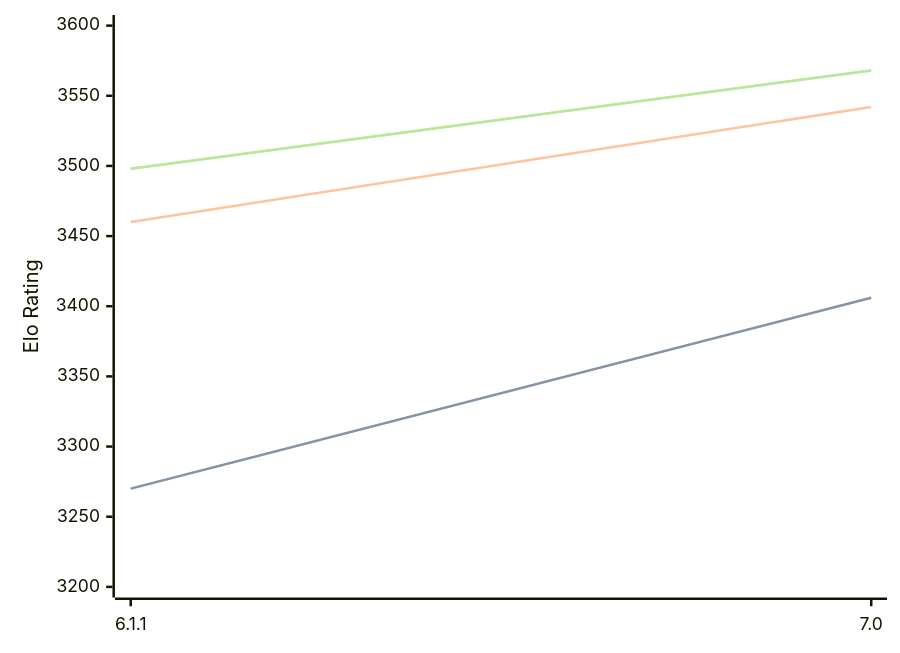
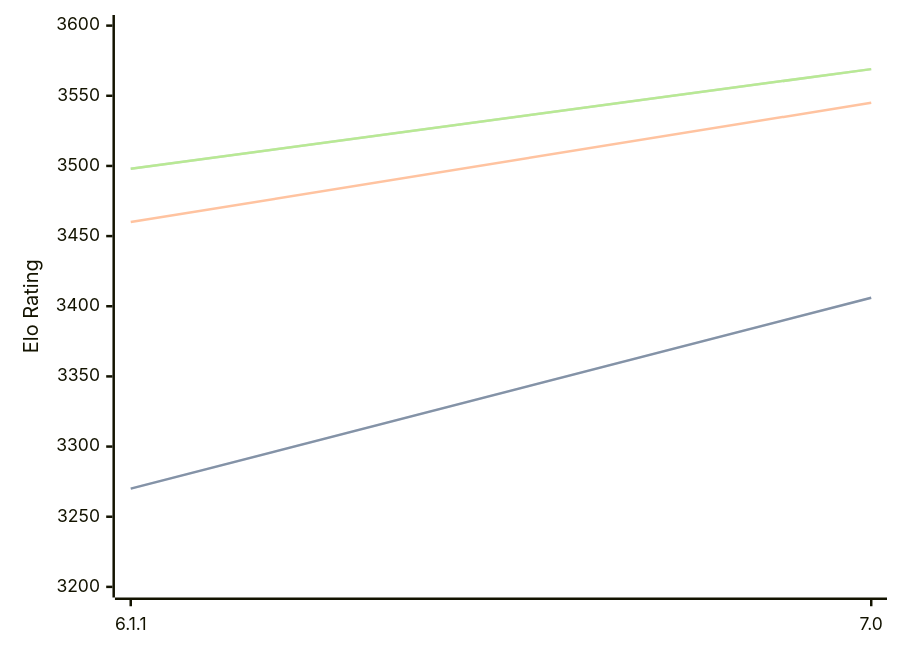
The first of 3 diagrams in engines/Astra.md (computer-chess-index/cci), drawn with Mermaid before and after one commit. The commit also changed other lines of this file, not shown here.

Commit message:
Update CCI Ratings (ELO VLTC) - 2026-06-24

````diff
--- a/engines/Astra.md
+++ b/engines/Astra.md
@@ -44,11 +44,11 @@
 ```mermaid
 %%{init: {"theme":"base","themeVariables":{"seriesColors:['#a3a3a3','#222221','#faa371']}}}%%
 xychart-beta
   x-axis ["6.1.1", "7.0"]
   y-axis "Elo Rating" 3200 --> 3600
   line "STC (8.0+0.08s)" [3270, 3406]
   line "STC (8.0+0.08s)" [3270, 3406]
-  line "LTC (60.0+0.60s)" [3460, 3542]
-  line "VLTC (2m24s+1.12s)" [3498, 3568]
-  line "VLTC (2m24s+1.12s)" [3498, 3568]
+  line "LTC (60.0+0.60s)" [3460, 3545]
+  line "VLTC (2m24s+1.12s)" [3498, 3569]
+  line "VLTC (2m24s+1.12s)" [3498, 3569]
 ```
````
